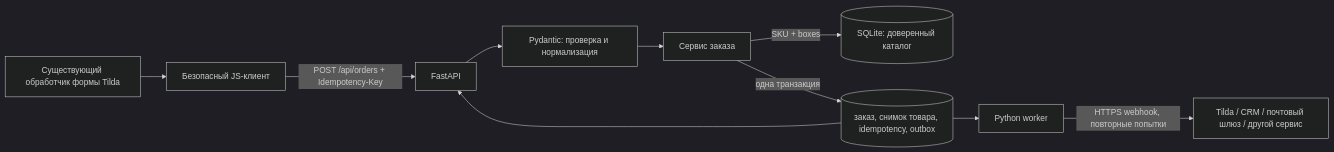
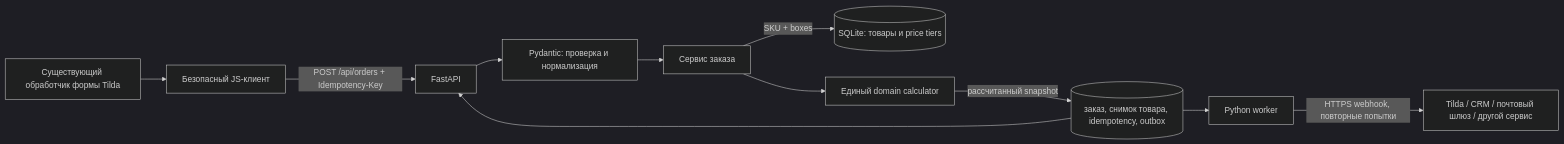
The diagram in README.md (Ratmirka145/ADROSTA), drawn with Mermaid (dark theme) before and after one commit. The commit also changed other lines of this file and 12 other files, not shown here.

````diff
--- a/README.md
+++ b/README.md
@@ -34,12 +34,13 @@
 ```mermaid
 flowchart LR
     T["Существующий обработчик формы Tilda"] --> C["Безопасный JS-клиент"]
     C -->|"POST /api/orders + Idempotency-Key"| A["FastAPI"]
     A --> V["Pydantic: проверка и нормализация"]
     V --> S["Сервис заказа"]
-    S -->|"SKU + boxes"| DB[("SQLite: доверенный каталог")]
-    S -->|"одна транзакция"| O[("заказ, снимок товара, idempotency, outbox")]
+    S -->|"SKU + boxes"| DB[("SQLite: товары и price tiers")]
+    S --> D["Единый domain calculator"]
+    D -->|"рассчитанный snapshot"| O[("заказ, снимок товара, idempotency, outbox")]
     O --> A
     O --> W["Python worker"]
     W -->|"HTTPS webhook, повторные попытки"| X["Tilda / CRM / почтовый шлюз / другой сервис"]
 ```
````
